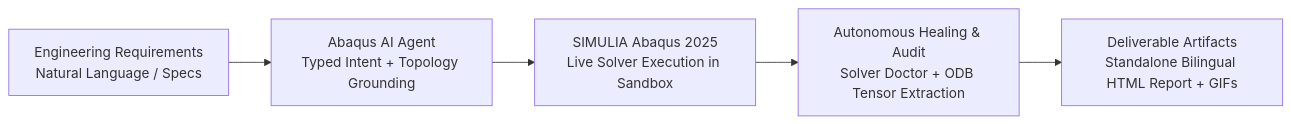
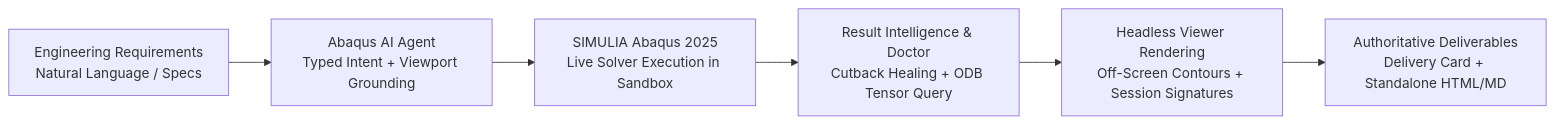
The first of 2 diagrams in README.md (chenlei-gh/Abaqus-AI-Agent), drawn with Mermaid before and after one commit. The commit also changed other lines of this file and 46 other files, not shown here.

````diff
--- a/README.md
+++ b/README.md
@@ -31,7 +30,8 @@
 ```mermaid
 graph LR
-    A[Engineering Requirements<br>Natural Language / Specs] --> B[Abaqus AI Agent<br>Typed Intent + Topology Grounding]
+    A[Engineering Requirements<br>Natural Language / Specs] --> B[Abaqus AI Agent<br>Typed Intent + Viewport Grounding]
     B --> C[SIMULIA Abaqus 2025<br>Live Solver Execution in Sandbox]
-    C --> D[Autonomous Healing & Audit<br>Solver Doctor + ODB Tensor Extraction]
-    D --> E[Deliverable Artifacts<br>Standalone Bilingual HTML Report + GIFs]
+    C --> D[Result Intelligence & Doctor<br>Cutback Healing + ODB Tensor Query]
+    D --> E[Headless Viewer Rendering<br>Off-Screen Contours + Session Signatures]
+    E --> F[Authoritative Deliverables<br>Delivery Card + Standalone HTML/MD]
 ```
````
